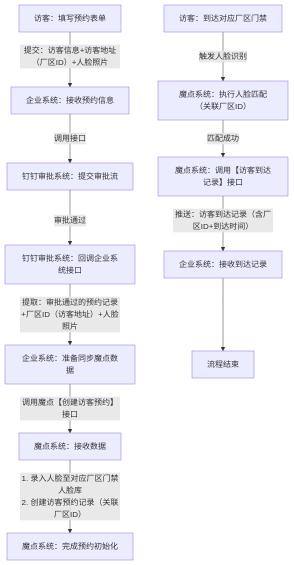
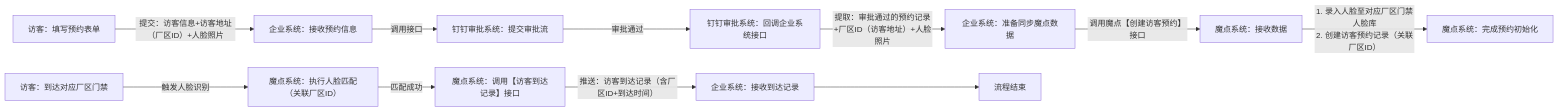
The diagram in all/未命名.md (aikeer/iodraw-files), drawn with Mermaid before and after one commit.

Commit message:
2026-01-20 18:40:37 update

````diff
--- a/all/未命名.md
+++ b/all/未命名.md
@@ -1,14 +1,14 @@
 ```mermaid
-graph TD
+graph LR
     A[访客：填写预约表单] -->|提交：访客信息+访客地址（厂区ID）+人脸照片| B[企业系统：接收预约信息]
     B -->|调用接口| C[钉钉审批系统：提交审批流]
     C -->|审批通过| D[钉钉审批系统：回调企业系统接口]
     D -->|提取：审批通过的预约记录+厂区ID（访客地址）+人脸照片| E[企业系统：准备同步魔点数据]
     E -->|调用魔点【创建访客预约】接口| F[魔点系统：接收数据]
     F -->|1. 录入人脸至对应厂区门禁人脸库<br>2. 创建访客预约记录（关联厂区ID）| G[魔点系统：完成预约初始化]
     H[访客：到达对应厂区门禁] -->|触发人脸识别| I[魔点系统：执行人脸匹配（关联厂区ID）]
     I -->|匹配成功| J[魔点系统：调用【访客到达记录】接口]
     J -->|推送：访客到达记录（含厂区ID+到达时间）| K[企业系统：接收到达记录]
     K --> L[流程结束]
   
 ```
````
